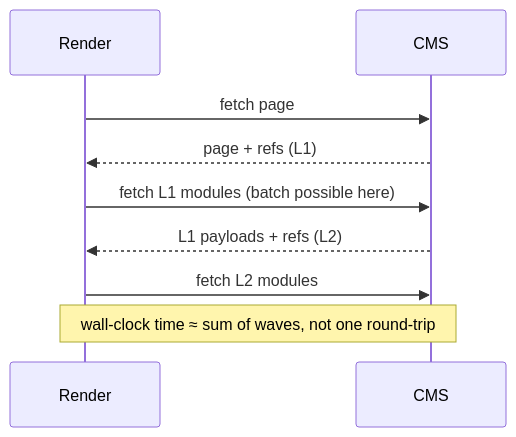
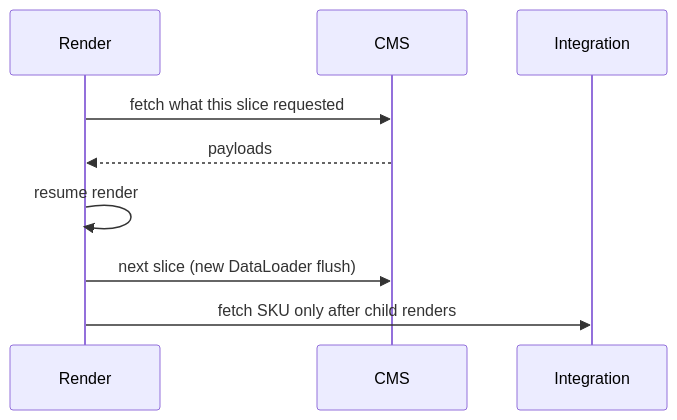
Before and after one commit to xndrjs/toolkit: the first of 2 diagrams in apps/xndrjs-documentation/src/content/docs/blog/content-graph-resolution-engine.md, drawn with Mermaid. The commit also changed other lines of this file, not shown here.

````diff
--- a/apps/xndrjs-documentation/src/content/docs/blog/content-graph-resolution-engine.md
+++ b/apps/xndrjs-documentation/src/content/docs/blog/content-graph-resolution-engine.md
@@ -65,12 +68,12 @@
 ```mermaid
 sequenceDiagram
   participant R as Render
   participant CMS as CMS
+  participant API as Integration
 
-  R->>CMS: fetch page
-  CMS-->>R: page + refs (L1)
-  R->>CMS: fetch L1 modules (batch possible here)
-  CMS-->>R: L1 payloads + refs (L2)
-  R->>CMS: fetch L2 modules
-  Note over R,CMS: wall-clock time ≈ sum of waves, not one round-trip
+  R->>CMS: fetch what this slice requested
+  CMS-->>R: payloads
+  R->>R: resume render
+  R->>CMS: next slice (new DataLoader flush)
+  R->>API: fetch SKU only after child renders
 ```
````
